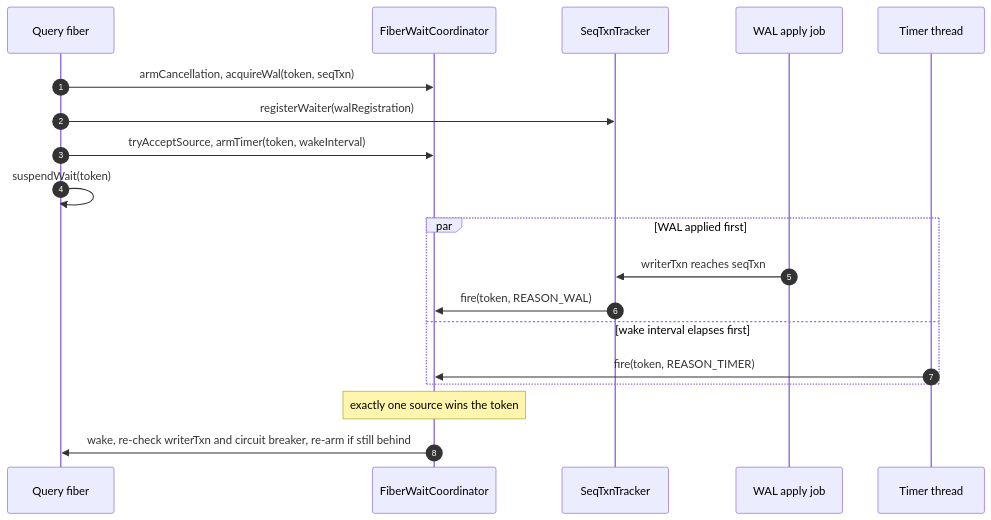
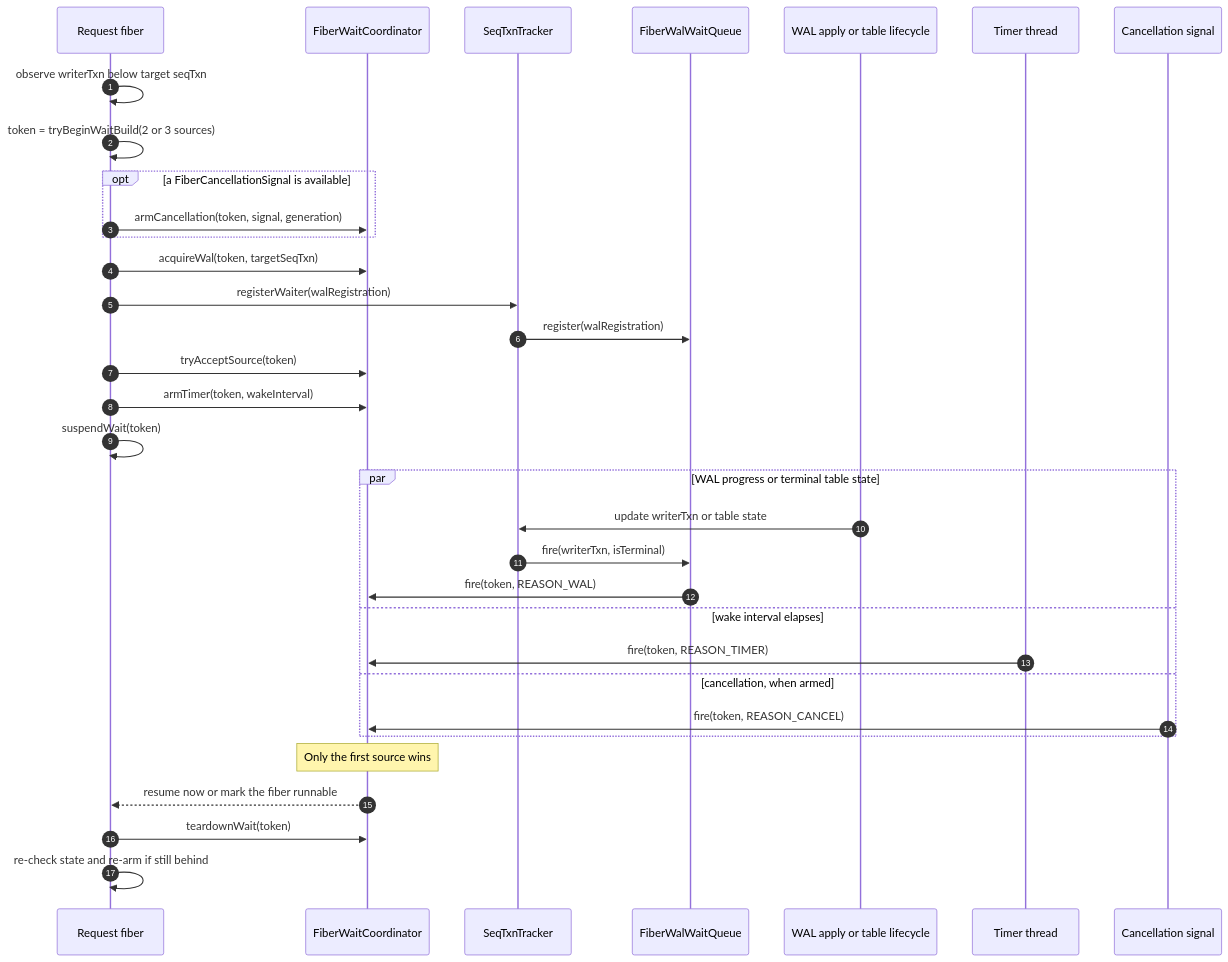
Before and after one commit to questdb/questdb: the second of 4 diagrams in core/src/main/java/io/questdb/mp/continuation/DELAY_HEAP.md, drawn with Mermaid. The commit also changed other lines of this file and 1 other file, not shown here.

First line of the commit message:
Correct fiber suspension diagrams

````diff
--- a/core/src/main/java/io/questdb/mp/continuation/DELAY_HEAP.md
+++ b/core/src/main/java/io/questdb/mp/continuation/DELAY_HEAP.md
@@ -112,22 +120,36 @@
 ```mermaid
 sequenceDiagram
     autonumber
-    participant F as Query fiber
+    participant F as Request fiber
     participant CO as FiberWaitCoordinator
     participant ST as SeqTxnTracker
-    participant WA as WAL apply job
+    participant WQ as FiberWalWaitQueue
+    participant WA as WAL apply or table lifecycle
     participant TT as Timer thread
+    participant CS as Cancellation signal
 
-    F->>CO: armCancellation, acquireWal(token, seqTxn)
+    F->>F: observe writerTxn below target seqTxn
+    F->>F: token = tryBeginWaitBuild(2 or 3 sources)
+    opt a FiberCancellationSignal is available
+        F->>CO: armCancellation(token, signal, generation)
+    end
+    F->>CO: acquireWal(token, targetSeqTxn)
     F->>ST: registerWaiter(walRegistration)
-    F->>CO: tryAcceptSource, armTimer(token, wakeInterval)
+    ST->>WQ: register(walRegistration)
+    F->>CO: tryAcceptSource(token)
+    F->>CO: armTimer(token, wakeInterval)
     F->>F: suspendWait(token)
-    par WAL applied first
-        WA->>ST: writerTxn reaches seqTxn
-        ST->>CO: fire(token, REASON_WAL)
-    and wake interval elapses first
+    par WAL progress or terminal table state
+        WA->>ST: update writerTxn or table state
+        ST->>WQ: fire(writerTxn, isTerminal)
+        WQ->>CO: fire(token, REASON_WAL)
+    and wake interval elapses
         TT->>CO: fire(token, REASON_TIMER)
+    and cancellation, when armed
+        CS->>CO: fire(token, REASON_CANCEL)
     end
-    Note over CO: exactly one source wins the token
-    CO->>F: wake, re-check writerTxn and circuit breaker, re-arm if still behind
+    Note over CO: Only the first source wins
+    CO-->>F: resume now or mark the fiber runnable
+    F->>CO: teardownWait(token)
+    F->>F: re-check state and re-arm if still behind
 ```
````
